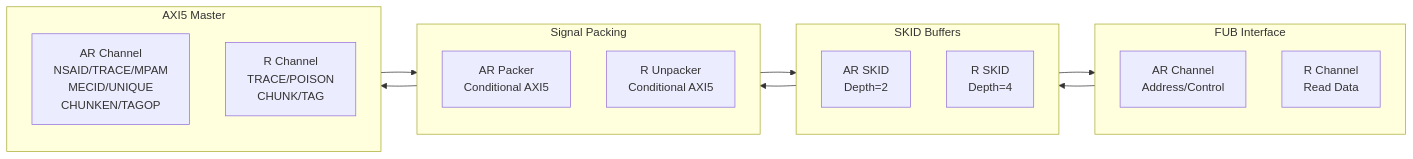
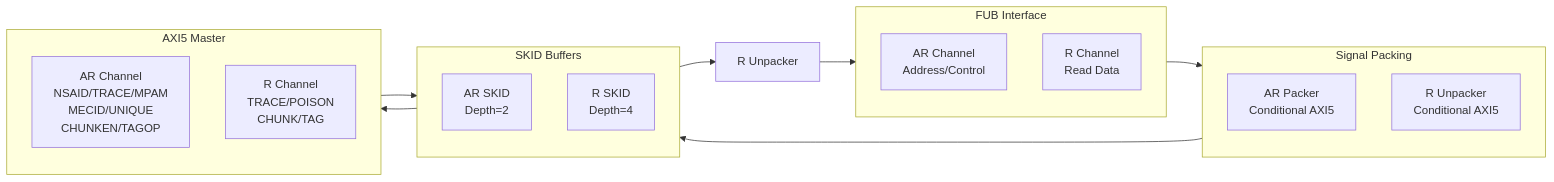
The diagram in docs/markdown/rtl-amba/axi5/axi5_master_rd.md (sean-galloway/RTLDesignSherpa), drawn with Mermaid before and after one commit. The commit also changed 27 other files, not shown here.

````diff
--- a/docs/markdown/rtl-amba/axi5/axi5_master_rd.md
+++ b/docs/markdown/rtl-amba/axi5/axi5_master_rd.md
@@ -60,34 +60,35 @@
 ```mermaid
 flowchart LR
     subgraph FUB["FUB Interface"]
         direction TB
         fub_ar["AR Channel<br/>Address/Control"]
         fub_r["R Channel<br/>Read Data"]
     end
 
     subgraph SKID["SKID Buffers"]
         direction TB
         ar_skid["AR SKID<br/>Depth=2"]
         r_skid["R SKID<br/>Depth=4"]
     end
 
     subgraph PACK["Signal Packing"]
         direction TB
         ar_pack["AR Packer<br/>Conditional AXI5"]
         r_pack["R Unpacker<br/>Conditional AXI5"]
     end
 
     subgraph AXI["AXI5 Master"]
         direction TB
         m_ar["AR Channel<br/>NSAID/TRACE/MPAM<br/>MECID/UNIQUE<br/>CHUNKEN/TAGOP"]
         m_r["R Channel<br/>TRACE/POISON<br/>CHUNK/TAG"]
     end
 
-    fub_ar --> ar_skid
-    ar_skid --> ar_pack
-    ar_pack --> m_ar
+    fub_ar --> ar_pack
+    ar_pack --> ar_skid
+    ar_skid --> m_ar
 
-    m_r --> r_pack
-    r_pack --> r_skid
-    r_skid --> fub_r
+    m_r --> r_skid
+    
+    r_skid --> r_unpack["R Unpacker"]
+    r_unpack --> fub_r
 ```
````
